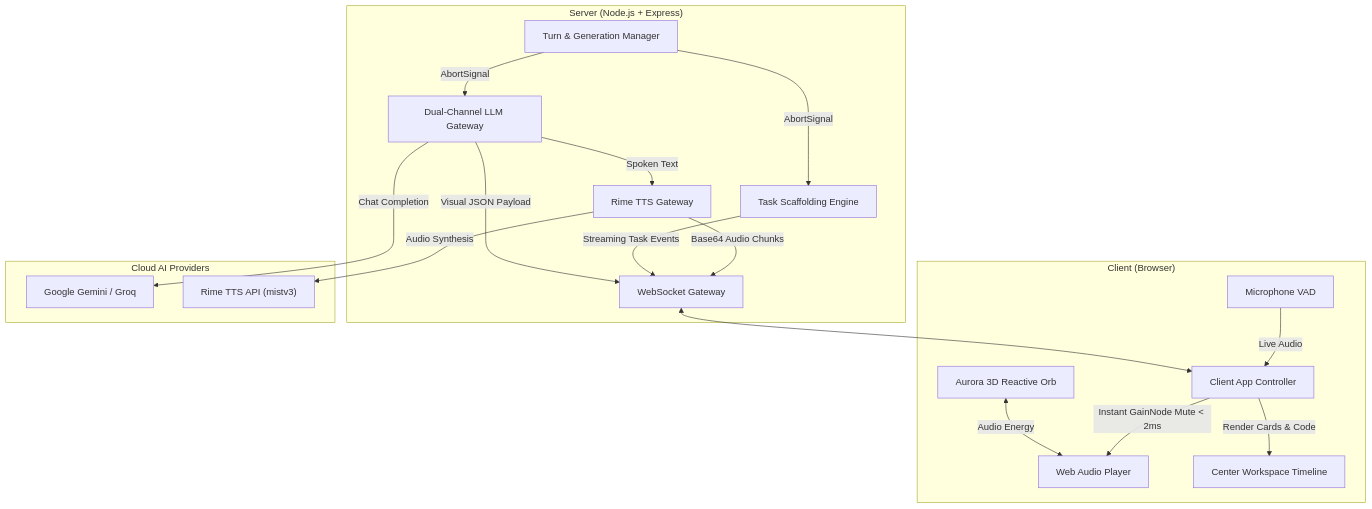
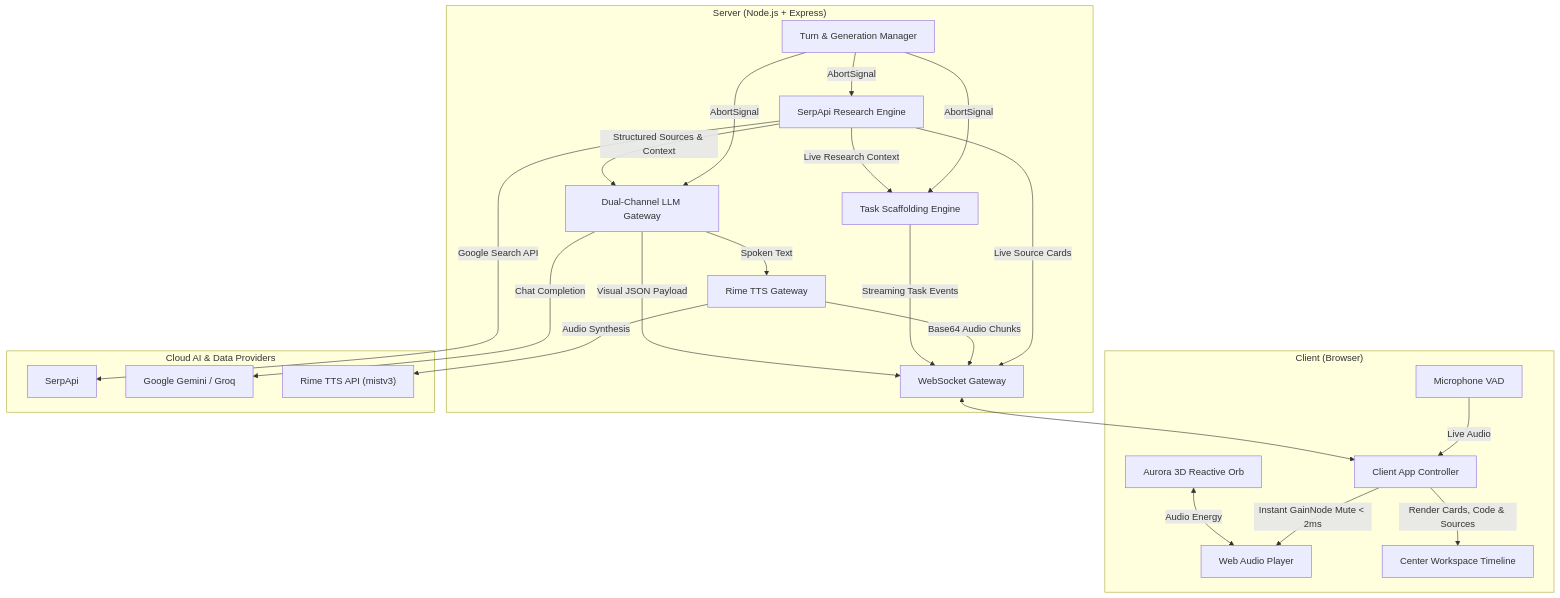
One commit to tribhu05/Aurora-Realtime-AI-Orchestration-Engine changed the diagram in README.md. Above: the diagram before and after it, drawn with Mermaid. The commit also changed other lines of this file and 11 other files, not shown here.

Commit message:
feat(research): integrate autonomous SerpApi live web research for Track 01 AI Agents

````diff
--- a/README.md
+++ b/README.md
@@ -87,25 +96,30 @@
 ```mermaid
 graph TD
     subgraph Client ["Client (Browser)"]
         Mic["Microphone VAD"] -->|Live Audio| ClientApp["Client App Controller"]
         ClientApp -->|Instant GainNode Mute < 2ms| WebAudio["Web Audio Player"]
-        ClientApp -->|Render Cards & Code| DOM["Center Workspace Timeline"]
+        ClientApp -->|Render Cards, Code & Sources| DOM["Center Workspace Timeline"]
         Orb["Aurora 3D Reactive Orb"] <-->|Audio Energy| WebAudio
     end
 
     subgraph Server ["Server (Node.js + Express)"]
         WS["WebSocket Gateway"] <--> ClientApp
-        TurnManager["Turn & Generation Manager"] -->|AbortSignal| TaskEngine["Task Scaffolding Engine"]
+        TurnManager["Turn & Generation Manager"] -->|AbortSignal| ResearchEngine["SerpApi Research Engine"]
+        TurnManager -->|AbortSignal| TaskEngine["Task Scaffolding Engine"]
         TurnManager -->|AbortSignal| LLMGateway["Dual-Channel LLM Gateway"]
+        ResearchEngine -->|Structured Sources & Context| LLMGateway
+        ResearchEngine -->|Live Research Context| TaskEngine
         LLMGateway -->|Spoken Text| RimeGateway["Rime TTS Gateway"]
     end
 
-    subgraph External ["Cloud AI Providers"]
+    subgraph External ["Cloud AI & Data Providers"]
+        ResearchEngine -->|Google Search API| SerpApi["SerpApi"]
         LLMGateway -->|Chat Completion| Gemini["Google Gemini / Groq"]
         RimeGateway -->|Audio Synthesis| RimeAPI["Rime TTS API (mistv3)"]
     end
 
+    ResearchEngine -->|Live Source Cards| WS
     RimeGateway -->|Base64 Audio Chunks| WS
     TaskEngine -->|Streaming Task Events| WS
     LLMGateway -->|Visual JSON Payload| WS
 ```
````
